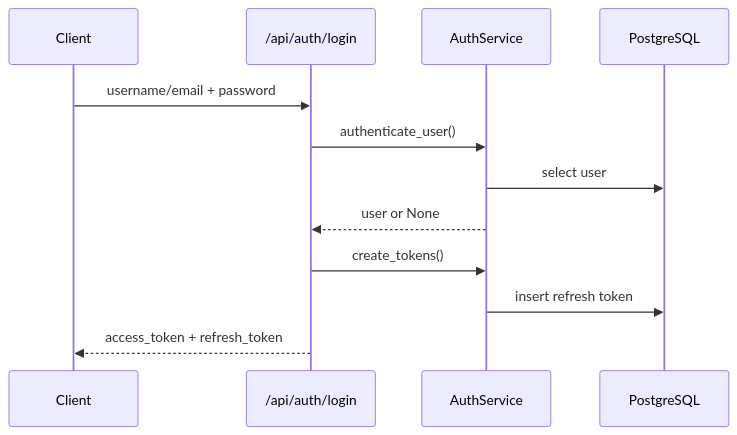
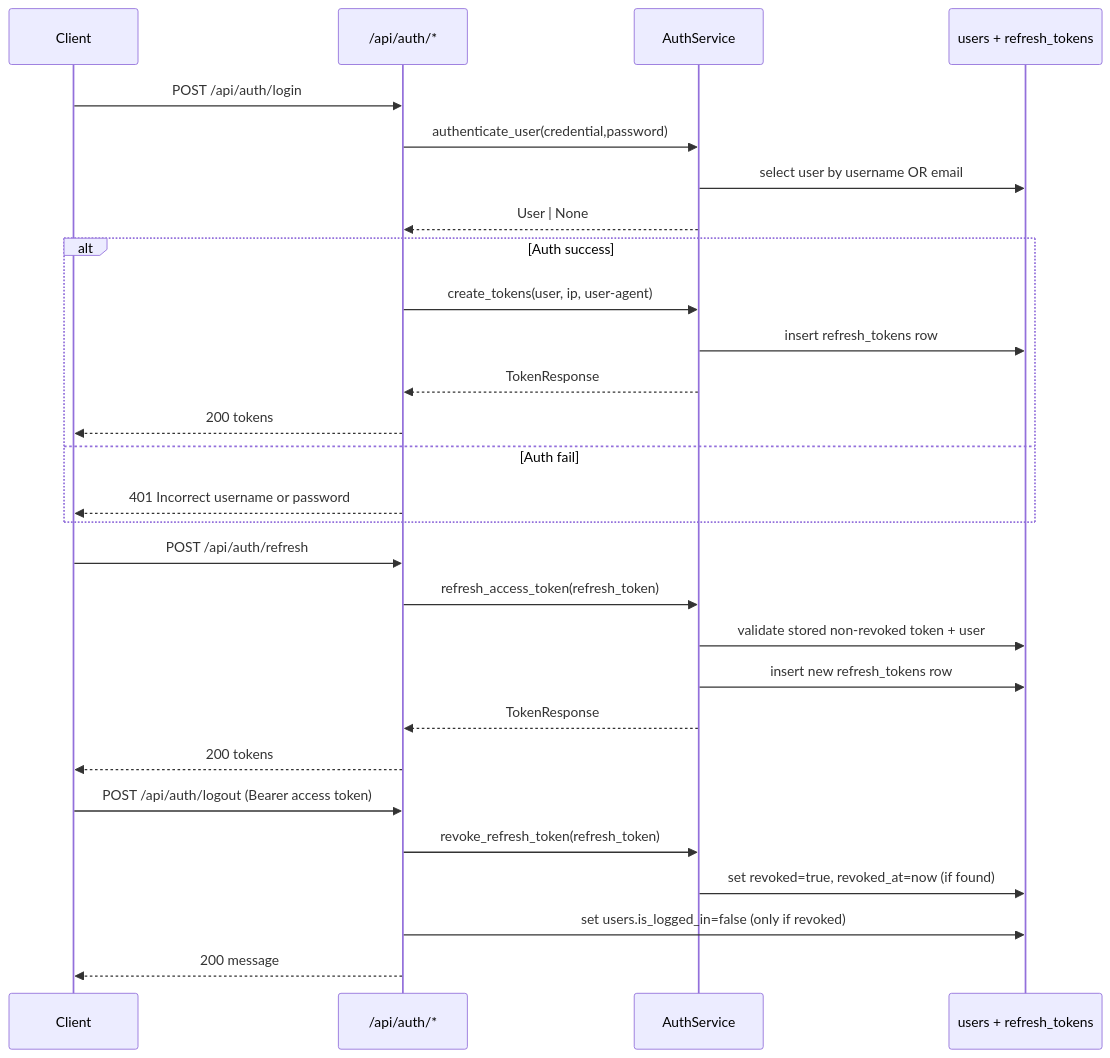
The first of 2 diagrams in docs/features/auth.md (adriangpo/mindflow-api), drawn with Mermaid before and after one commit. The commit also changed other lines of this file and 5 other files, not shown here.

````diff
--- a/docs/features/auth.md
+++ b/docs/features/auth.md
@@ -7,15 +29,33 @@
 ```mermaid
 sequenceDiagram
     participant Client
-    participant Router as /api/auth/login
+    participant Router as /api/auth/*
     participant Service as AuthService
-    participant DB as PostgreSQL
+    participant DB as users + refresh_tokens
 
-    Client->>Router: username/email + password
-    Router->>Service: authenticate_user()
-    Service->>DB: select user
-    Service-->>Router: user or None
-    Router->>Service: create_tokens()
-    Service->>DB: insert refresh token
-    Router-->>Client: access_token + refresh_token
+    Client->>Router: POST /api/auth/login
+    Router->>Service: authenticate_user(credential,password)
+    Service->>DB: select user by username OR email
+    Service-->>Router: User | None
+    alt Auth success
+        Router->>Service: create_tokens(user, ip, user-agent)
+        Service->>DB: insert refresh_tokens row
+        Service-->>Router: TokenResponse
+        Router-->>Client: 200 tokens
+    else Auth fail
+        Router-->>Client: 401 Incorrect username or password
+    end
+
+    Client->>Router: POST /api/auth/refresh
+    Router->>Service: refresh_access_token(refresh_token)
+    Service->>DB: validate stored non-revoked token + user
+    Service->>DB: insert new refresh_tokens row
+    Service-->>Router: TokenResponse
+    Router-->>Client: 200 tokens
+
+    Client->>Router: POST /api/auth/logout (Bearer access token)
+    Router->>Service: revoke_refresh_token(refresh_token)
+    Service->>DB: set revoked=true, revoked_at=now (if found)
+    Router->>DB: set users.is_logged_in=false (only if revoked)
+    Router-->>Client: 200 message
 ```
````
